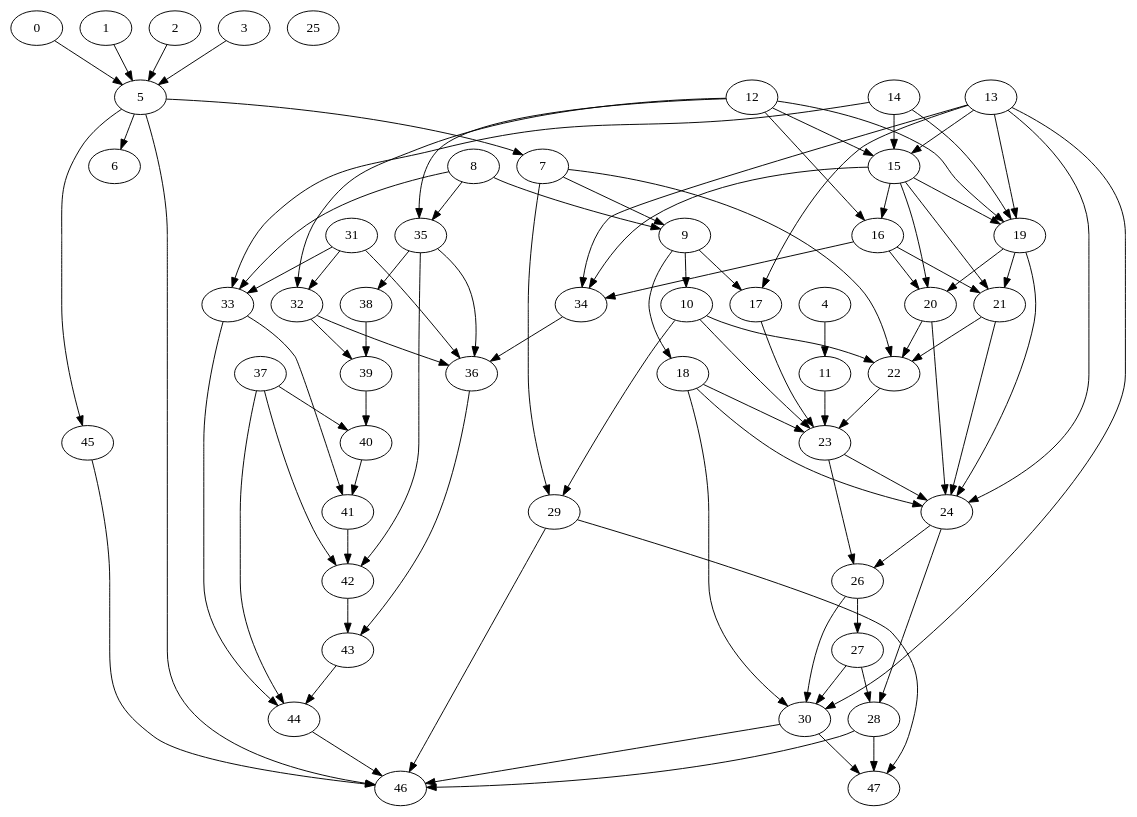
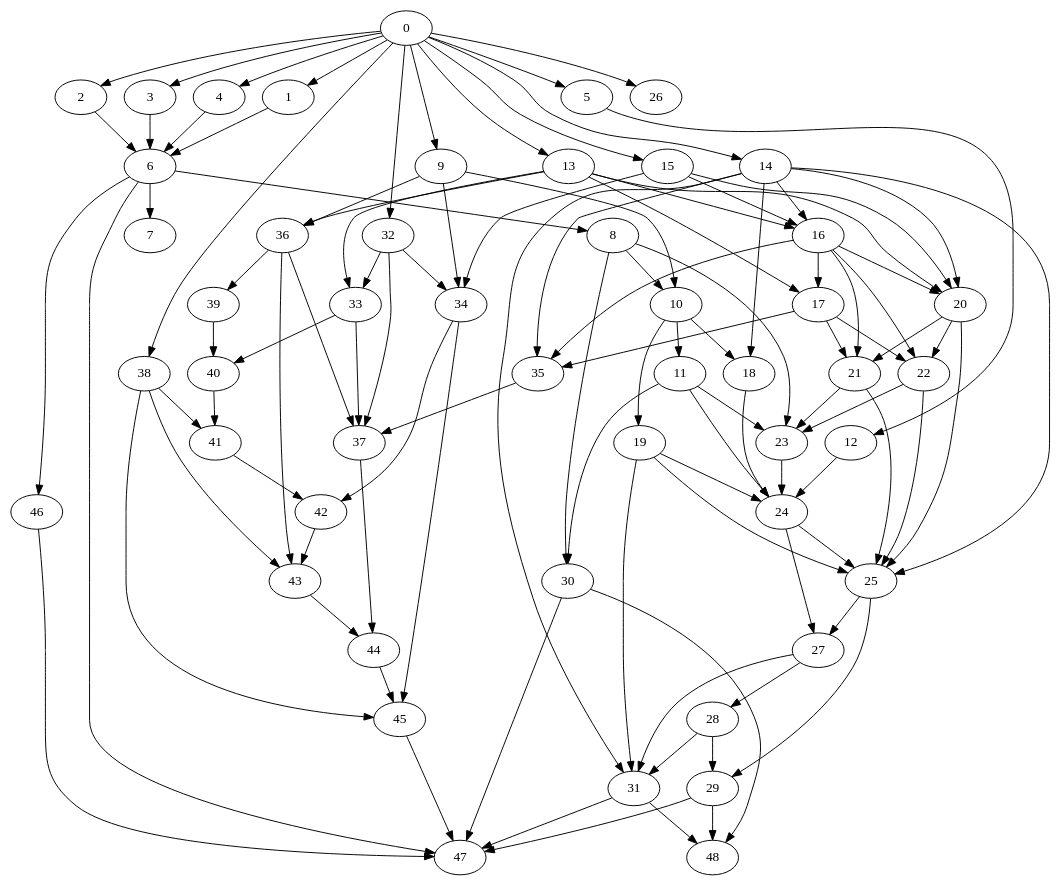
The diagram in codedepends/traffic/traffic.dot (clarkfitzg/phd_research), drawn with Graphviz before and after one commit. The commit also changed 2 other files, not shown here.

Commit message:
added source node for control flow

```diff
--- a/codedepends/traffic/traffic.dot
+++ b/codedepends/traffic/traffic.dot
@@ -1,145 +1,158 @@
 /* Created by igraph @VERSION@ */
 digraph {
   0;
   1;
   2;
   3;
   4;
   5;
   6;
   7;
   8;
   9;
   10;
   11;
   12;
   13;
   14;
   15;
   16;
   17;
   18;
   19;
   20;
   21;
   22;
   23;
   24;
   25;
   26;
   27;
   28;
   29;
   30;
   31;
   32;
   33;
   34;
   35;
   36;
   37;
   38;
   39;
   40;
   41;
   42;
   43;
   44;
   45;
   46;
   47;
+  48;
 
+  0 -> 1;
+  0 -> 2;
+  0 -> 3;
+  0 -> 4;
   0 -> 5;
-  1 -> 5;
-  2 -> 5;
-  3 -> 5;
-  4 -> 11;
-  5 -> 6;
-  5 -> 7;
-  5 -> 45;
-  5 -> 46;
-  7 -> 9;
-  7 -> 22;
-  7 -> 29;
-  8 -> 9;
-  8 -> 33;
-  8 -> 35;
+  0 -> 9;
+  0 -> 13;
+  0 -> 14;
+  0 -> 15;
+  0 -> 26;
+  0 -> 32;
+  0 -> 38;
+  1 -> 6;
+  2 -> 6;
+  3 -> 6;
+  4 -> 6;
+  5 -> 12;
+  6 -> 7;
+  6 -> 8;
+  6 -> 46;
+  6 -> 47;
+  8 -> 10;
+  8 -> 23;
+  8 -> 30;
   9 -> 10;
-  9 -> 17;
-  9 -> 18;
-  10 -> 22;
-  10 -> 23;
-  10 -> 29;
+  9 -> 34;
+  9 -> 36;
+  10 -> 11;
+  10 -> 18;
+  10 -> 19;
   11 -> 23;
-  12 -> 15;
-  12 -> 16;
-  12 -> 19;
-  12 -> 32;
-  12 -> 35;
-  13 -> 15;
+  11 -> 24;
+  11 -> 30;
+  12 -> 24;
+  13 -> 16;
   13 -> 17;
-  13 -> 19;
-  13 -> 24;
-  13 -> 30;
-  13 -> 34;
-  14 -> 15;
-  14 -> 19;
-  14 -> 33;
+  13 -> 20;
+  13 -> 33;
+  13 -> 36;
+  14 -> 16;
+  14 -> 18;
+  14 -> 20;
+  14 -> 25;
+  14 -> 31;
+  14 -> 35;
   15 -> 16;
-  15 -> 19;
   15 -> 20;
-  15 -> 21;
   15 -> 34;
+  16 -> 17;
   16 -> 20;
   16 -> 21;
-  16 -> 34;
-  17 -> 23;
-  18 -> 23;
+  16 -> 22;
+  16 -> 35;
+  17 -> 21;
+  17 -> 22;
+  17 -> 35;
   18 -> 24;
-  18 -> 30;
-  19 -> 20;
-  19 -> 21;
   19 -> 24;
+  19 -> 25;
+  19 -> 31;
+  20 -> 21;
   20 -> 22;
-  20 -> 24;
-  21 -> 22;
-  21 -> 24;
+  20 -> 25;
+  21 -> 23;
+  21 -> 25;
   22 -> 23;
+  22 -> 25;
   23 -> 24;
-  23 -> 26;
-  24 -> 26;
-  24 -> 28;
-  26 -> 27;
-  26 -> 30;
+  24 -> 25;
+  24 -> 27;
+  25 -> 27;
+  25 -> 29;
   27 -> 28;
-  27 -> 30;
-  28 -> 46;
-  28 -> 47;
-  29 -> 46;
+  27 -> 31;
+  28 -> 29;
+  28 -> 31;
   29 -> 47;
-  30 -> 46;
+  29 -> 48;
   30 -> 47;
-  31 -> 32;
-  31 -> 33;
-  31 -> 36;
-  32 -> 36;
-  32 -> 39;
-  33 -> 41;
-  33 -> 44;
-  34 -> 36;
-  35 -> 36;
-  35 -> 38;
-  35 -> 42;
+  30 -> 48;
+  31 -> 47;
+  31 -> 48;
+  32 -> 33;
+  32 -> 34;
+  32 -> 37;
+  33 -> 37;
+  33 -> 40;
+  34 -> 42;
+  34 -> 45;
+  35 -> 37;
+  36 -> 37;
+  36 -> 39;
   36 -> 43;
-  37 -> 40;
-  37 -> 42;
   37 -> 44;
-  38 -> 39;
+  38 -> 41;
+  38 -> 43;
+  38 -> 45;
   39 -> 40;
   40 -> 41;
   41 -> 42;
   42 -> 43;
   43 -> 44;
-  44 -> 46;
-  45 -> 46;
+  44 -> 45;
+  45 -> 47;
+  46 -> 47;
 }
```
